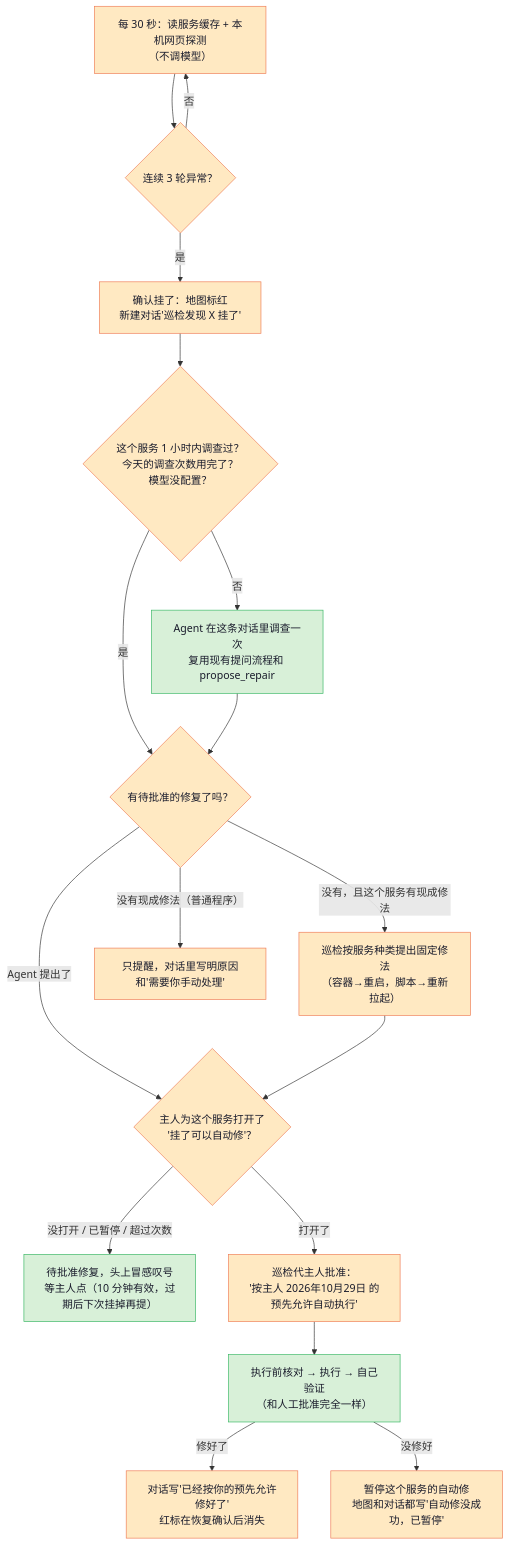
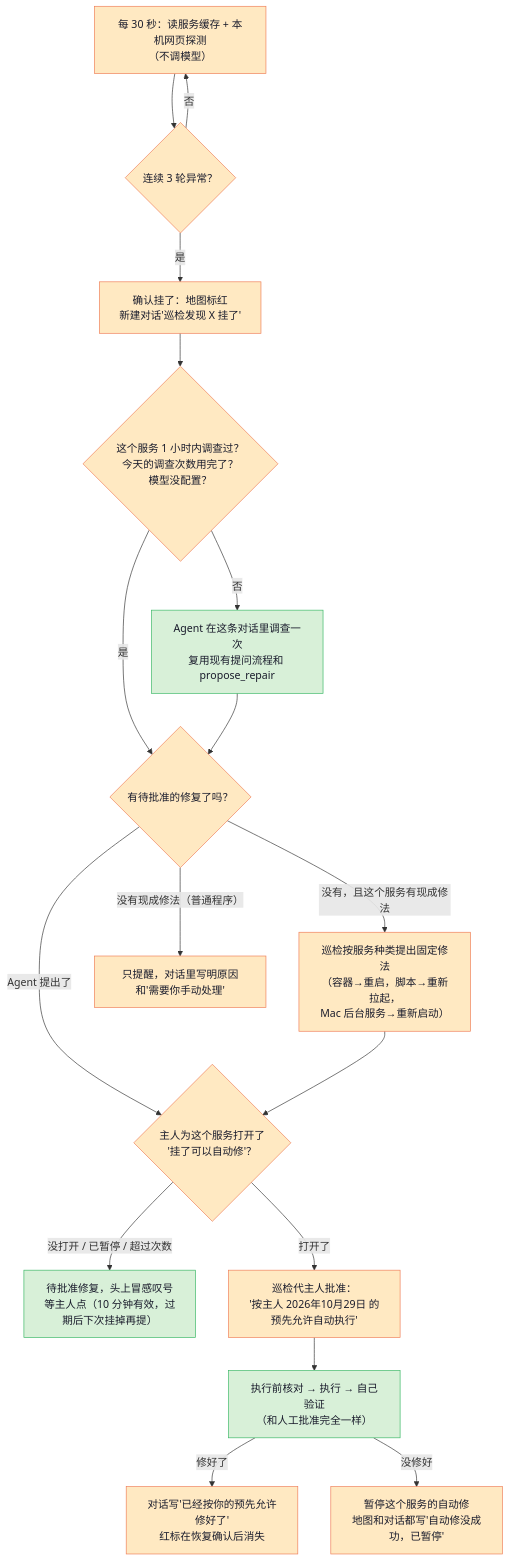
The first of 2 diagrams in docs/design/proactive-patrol.md (Sugarfarmeriod/TunnelMinion), drawn with Mermaid before and after one commit. The commit also changed other lines of this file and 44 other files, not shown here.

First line of the commit message:
feat: 第三种修法——重新启动 macOS 用户级后台服务（LaunchAgent） (#220)

````diff
--- a/docs/design/proactive-patrol.md
+++ b/docs/design/proactive-patrol.md
@@ -79,24 +80,24 @@
 ```mermaid
 flowchart TD
     W["每 30 秒：读服务缓存 + 本机网页探测<br/>（不调模型）"] --> S{"连续 3 轮异常？"}
     S -- "否" --> W
     S -- "是" --> A["确认挂了：地图标红<br/>新建对话'巡检发现 X 挂了'"]
     A --> B{"这个服务 1 小时内调查过？<br/>今天的调查次数用完了？<br/>模型没配置？"}
     B -- "是" --> P
     B -- "否" --> I["Agent 在这条对话里调查一次<br/>复用现有提问流程和 propose_repair"]
     I --> P{"有待批准的修复了吗？"}
     P -- "Agent 提出了" --> G
-    P -- "没有，且这个服务有现成修法" --> D["巡检按服务种类提出固定修法<br/>（容器→重启，脚本→重新拉起）"]
+    P -- "没有，且这个服务有现成修法" --> D["巡检按服务种类提出固定修法<br/>（容器→重启，脚本→重新拉起，<br/>Mac 后台服务→重新启动）"]
     P -- "没有现成修法（普通程序）" --> N["只提醒，对话里写明原因和'需要你手动处理'"]
     D --> G{"主人为这个服务打开了<br/>'挂了可以自动修'？"}
     G -- "没打开 / 已暂停 / 超过次数" --> BANG["待批准修复，头上冒感叹号<br/>等主人点（10 分钟有效，过期后下次挂掉再提）"]
     G -- "打开了" --> X["巡检代主人批准：<br/>'按主人 2026年10月29日 的预先允许自动执行'"]
     X --> RC["执行前核对 → 执行 → 自己验证<br/>（和人工批准完全一样）"]
     RC -- "修好了" --> OK["对话写'已经按你的预先允许修好了'<br/>红标在恢复确认后消失"]
     RC -- "没修好" --> STOP["暂停这个服务的自动修<br/>地图和对话都写'自动修没成功，已暂停'"]
 
     classDef reuse fill:#d8f0d8,stroke:#38b764,color:#1a1c2c
     classDef new fill:#ffe9c2,stroke:#ef7d57,color:#1a1c2c
     class I,RC,BANG reuse
     class W,S,A,B,P,D,G,X,OK,STOP,N new
 ```
````
